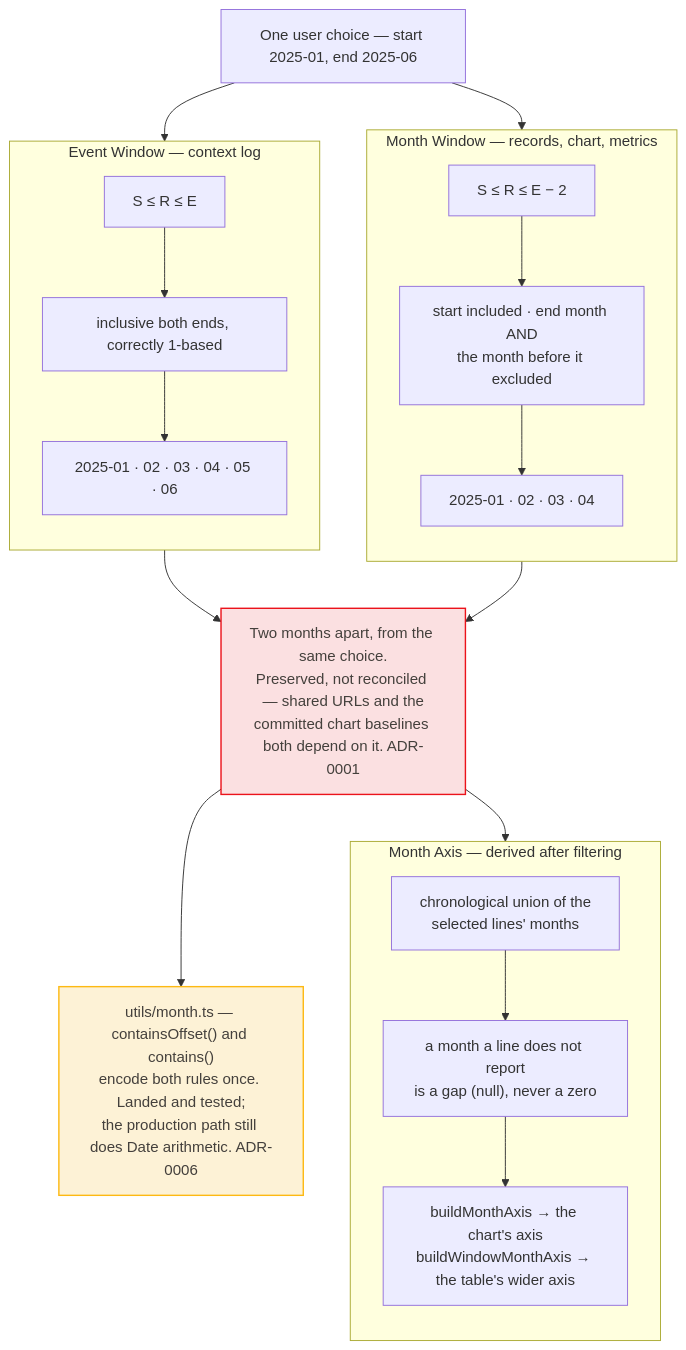
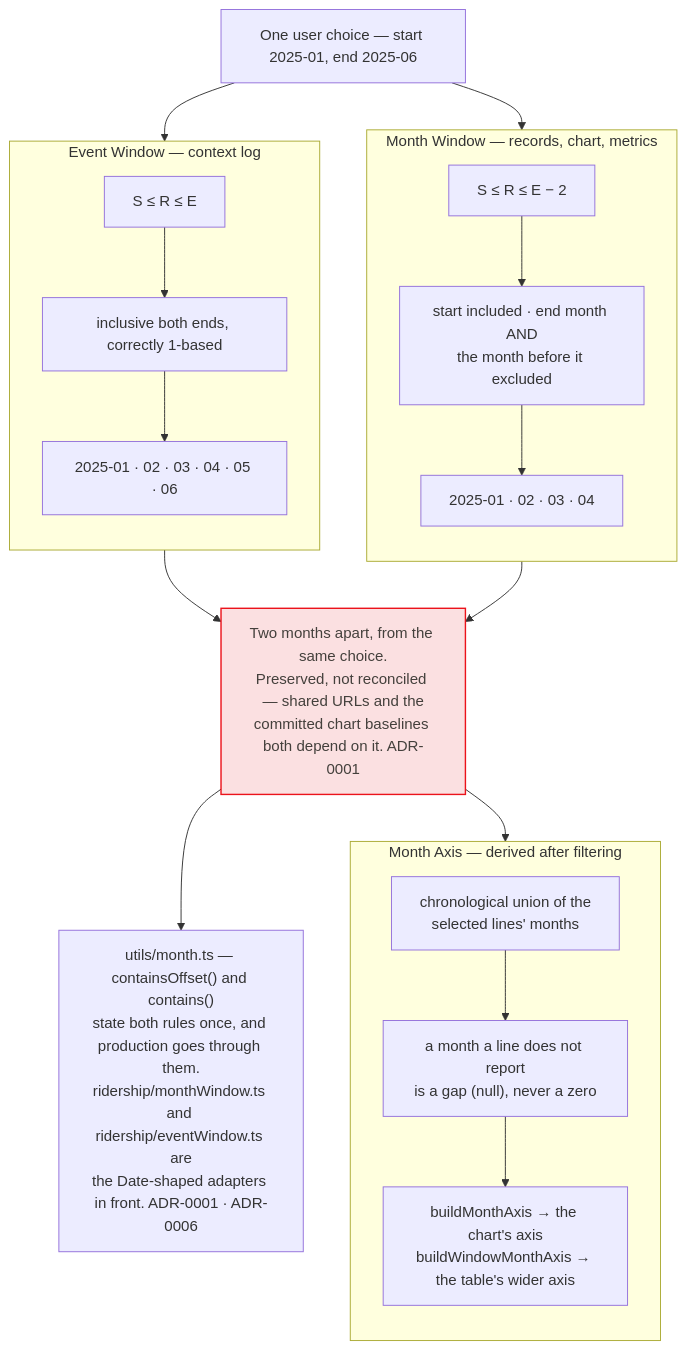
Before and after one commit to streetsforall/metro_ridership_app: the diagram in docs/architecture/mermaid/13-month-windows.mmd, drawn with Mermaid. The commit also changed 14 other files, not shown here.

```diff
--- a/docs/architecture/mermaid/13-month-windows.mmd
+++ b/docs/architecture/mermaid/13-month-windows.mmd
@@ -1,42 +1,40 @@
 flowchart TB
   choice["One user choice — start 2025-01, end 2025-06"]
 
   subgraph monthWindow["Month Window — records, chart, metrics"]
     direction TB
     mwRule["S ≤ R ≤ E − 2"]
     mwMeaning["start included · end month AND<br/>the month before it excluded"]
     mwMonths["2025-01 · 02 · 03 · 04"]
     mwRule --> mwMeaning --> mwMonths
   end
 
   subgraph eventWindow["Event Window — context log"]
     direction TB
     ewRule["S ≤ R ≤ E"]
     ewMeaning["inclusive both ends, correctly 1-based"]
     ewMonths["2025-01 · 02 · 03 · 04 · 05 · 06"]
     ewRule --> ewMeaning --> ewMonths
   end
 
   keep["Two months apart, from the same choice.<br/>Preserved, not reconciled — shared URLs and the<br/>committed chart baselines both depend on it. ADR-0001"]
 
   subgraph axis["Month Axis — derived after filtering"]
     direction TB
     axisDef["chronological union of the<br/>selected lines' months"]
     axisGap["a month a line does not report<br/>is a gap (null), never a zero"]
     axisTwo["buildMonthAxis → the chart's axis<br/>buildWindowMonthAxis → the table's wider axis"]
     axisDef --> axisGap --> axisTwo
   end
 
-  onePlace["utils/month.ts — containsOffset() and contains()<br/>encode both rules once. Landed and tested;<br/>the production path still does Date arithmetic. ADR-0006"]
+  onePlace["utils/month.ts — containsOffset() and contains()<br/>state both rules once, and production goes through them.<br/>ridership/monthWindow.ts and ridership/eventWindow.ts are<br/>the Date-shaped adapters in front. ADR-0001 · ADR-0006"]
 
   choice --> monthWindow
   choice --> eventWindow
   mwMonths --> keep
   ewMonths --> keep
   keep --> axis
   keep --> onePlace
 
   classDef cycle fill:#fbe0e1,stroke:#eb131b,stroke-width:1.5px,color:#44403c
-  classDef pending fill:#fdf2d6,stroke:#fdb913,stroke-width:1.5px,color:#44403c
   class keep cycle
-  class onePlace pending
```
